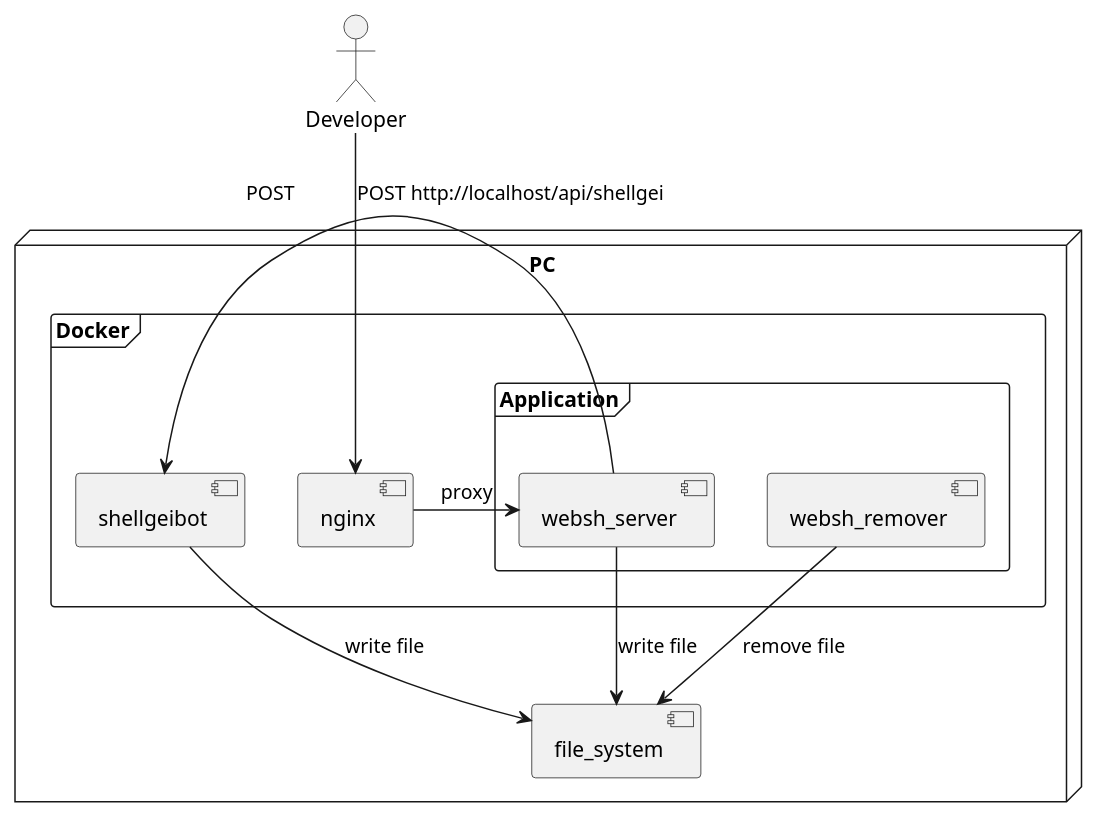
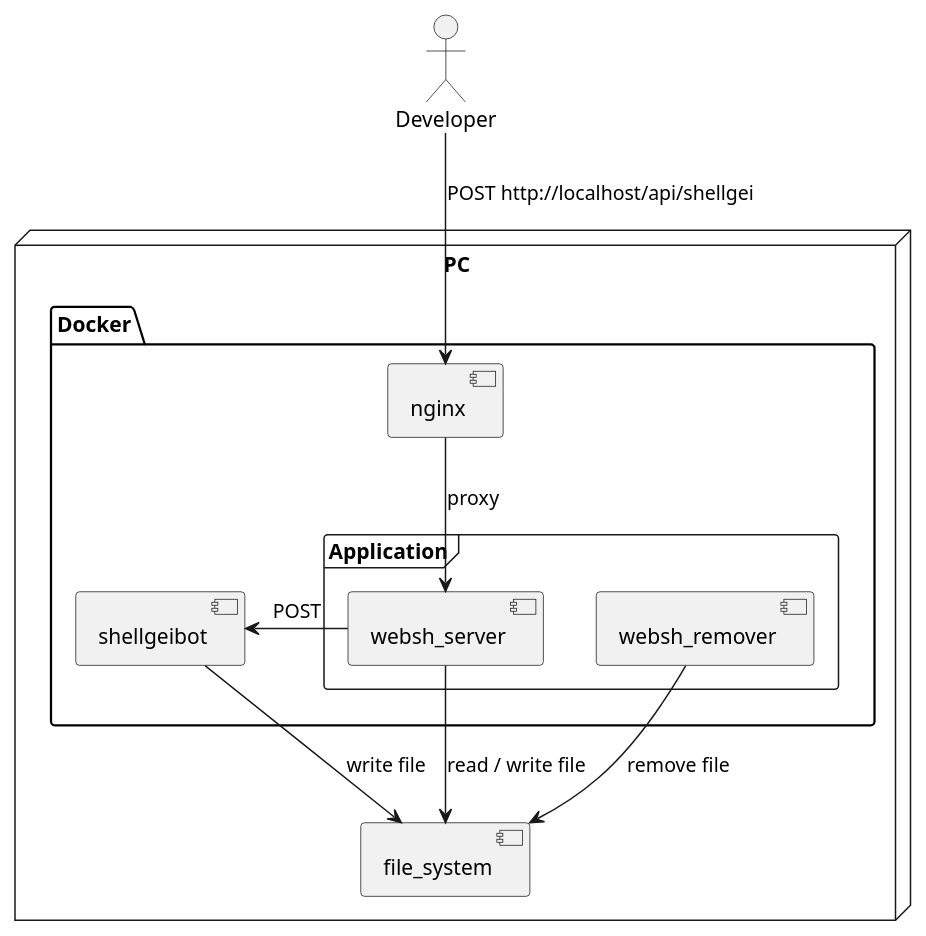
Before and after one commit to jiro4989/websh: the diagram in docs/local.puml, drawn with PlantUML.

Commit message:
chore: ローカル環境のUML図を更新

```diff
--- a/docs/local.puml
+++ b/docs/local.puml
@@ -1,24 +1,24 @@
 @startuml
 
 actor Developer as dev
 
 node PC {
-  frame Docker {
+  package Docker {
     [nginx] as nginx
     frame Application {
       [websh_server] as server
       [websh_remover] as remover
     }
     [shellgeibot] as bot
   }
   [file_system] as fs
 }
 
 dev -down-> nginx : POST http://localhost/api/shellgei
-nginx -> server : proxy
-server -> bot : POST
-server -down-> fs : write file
+nginx -down-> server : proxy
+server -left-> bot : POST
+server -down-> fs : read / write file
 bot -> fs : write file
 remover -> fs : remove file
 
 @enduml
```
